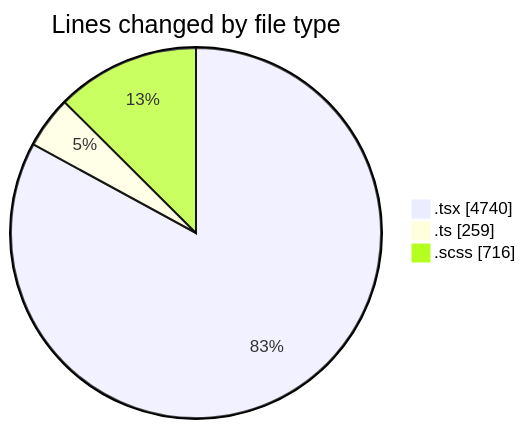
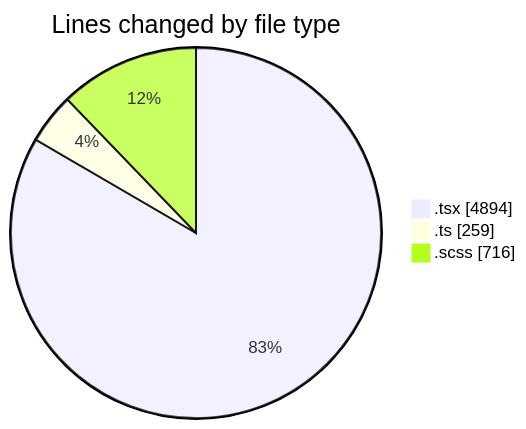
The first of 2 diagrams in 2025-09-15/cda/README.md (momahboobian/code-tracking), drawn with Mermaid before and after one commit. The commit also changed other lines of this file and 1 other file, not shown here.

````diff
--- a/2025-09-15/cda/README.md
+++ b/2025-09-15/cda/README.md
@@ -27,7 +27,7 @@
 ```mermaid
 pie showData
 title Lines changed by file type
-".tsx" : 4740
+".tsx" : 4894
 ".ts" : 259
 ".scss" : 716
 ```
````
